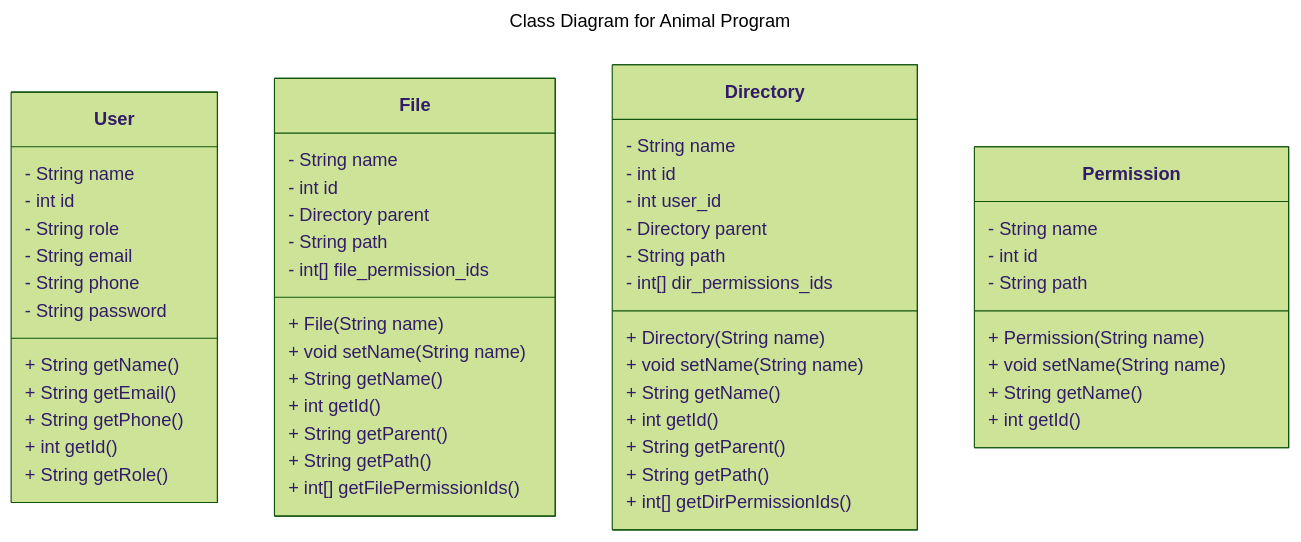
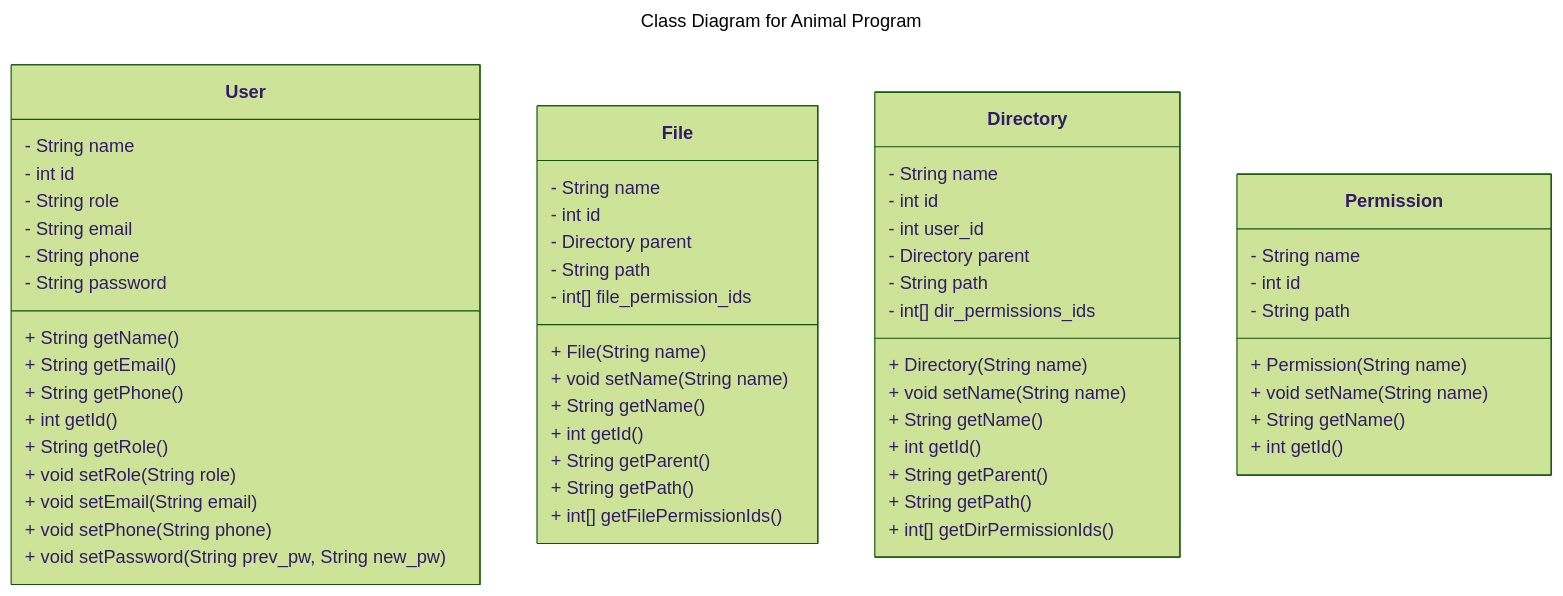
Before and after one commit to amdy87/MySQL-Filesystem: the third of 5 diagrams in README.md, drawn with Mermaid (forest theme).

Commit message:
add methods to user class

````diff
--- a/README.md
+++ b/README.md
@@ -185,62 +185,66 @@
 ```mermaid
 ---
 title: Class Diagram for Animal Program
 ---
 classDiagram
 
     class User{
         - String name
         - int id
         - String role
         - String email
         - String phone
         - String password
         + String getName()
         + String getEmail()
         + String getPhone()
         + int getId()
         + String getRole()
+        + void setRole(String role)
+        + void setEmail(String email)
+        + void setPhone(String phone)
+        + void setPassword(String prev_pw, String new_pw)
 
     }
     class File {
         - String name
         - int id
         - Directory parent
         - String path
         - int[] file_permission_ids
         + File(String name)
         + void setName(String name)
         + String getName()
         + int getId()
         + String getParent()
         + String getPath()
         + int[] getFilePermissionIds()
     }
 
     class Directory {
         - String name
         - int id
         - int user_id
         - Directory parent
         - String path
         - int[] dir_permissions_ids
         + Directory(String name)
         + void setName(String name)
         + String getName()
         + int getId()
         + String getParent()
         + String getPath()
         + int[] getDirPermissionIds()
     }
 
     class Permission {
         - String name
         - int id
         - String path
         + Permission(String name)
         + void setName(String name)
         + String getName()
         + int getId()
     }
    
 ```
````
